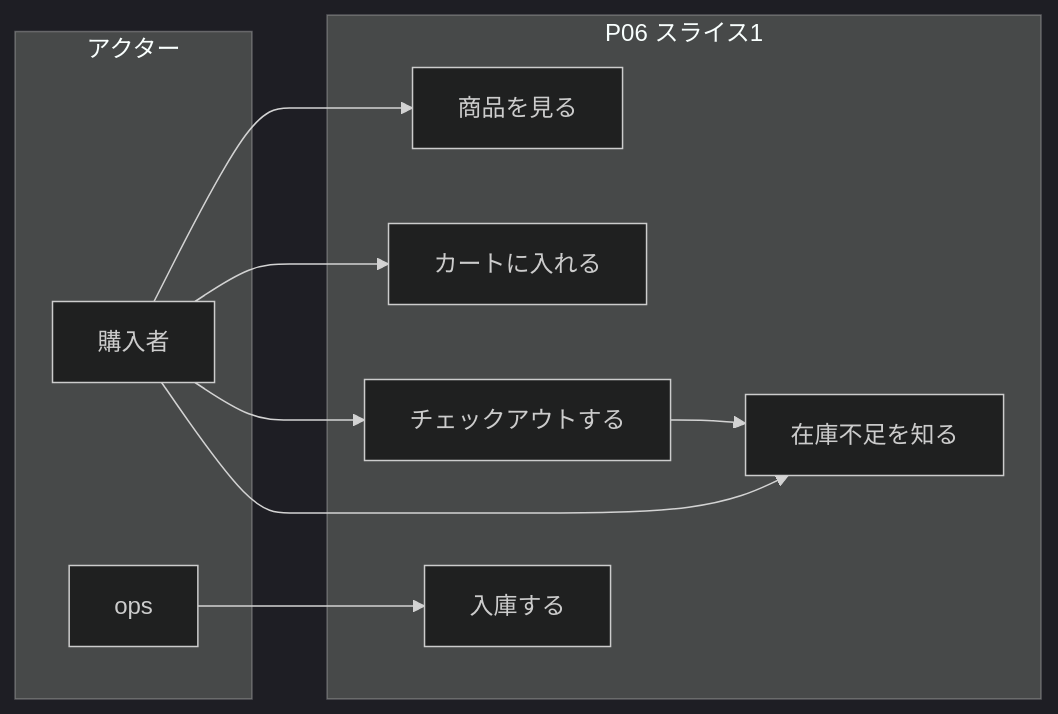
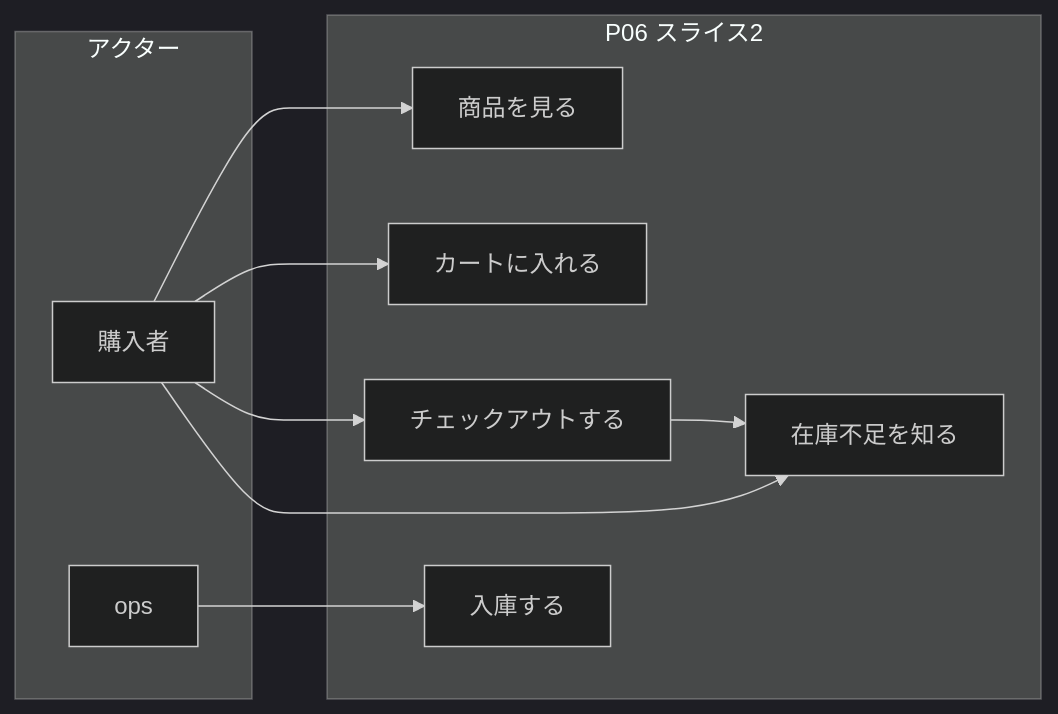
One commit to maeplego/portfolio-plan changed the first of 6 diagrams in portfolio-plan/commerce-platform/docs/06-diagrams.md. Above: the diagram before and after it, drawn with Mermaid (dark theme). The commit also changed other lines of this file and 8 other files, not shown here.

````diff
--- a/portfolio-plan/commerce-platform/docs/06-diagrams.md
+++ b/portfolio-plan/commerce-platform/docs/06-diagrams.md
@@ -13,20 +13,20 @@
 ```mermaid
 flowchart LR
   subgraph actors [アクター]
     Buyer[購入者]
     Ops[ops]
   end
-  subgraph uc [P06 スライス1]
+  subgraph uc [P06 スライス2]
     UC1[商品を見る]
     UC2[カートに入れる]
     UC3[チェックアウトする]
     UC4[在庫不足を知る]
     UC5[入庫する]
   end
   Buyer --> UC1
   Buyer --> UC2
   Buyer --> UC3
   Buyer --> UC4
   Ops --> UC5
   UC3 --> UC4
 ```
````
